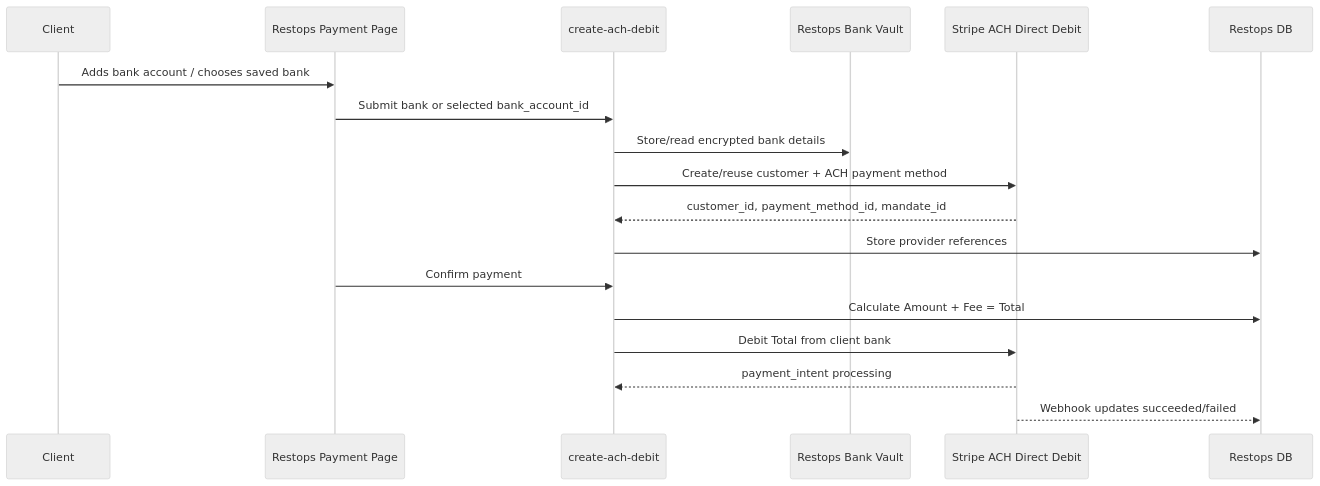
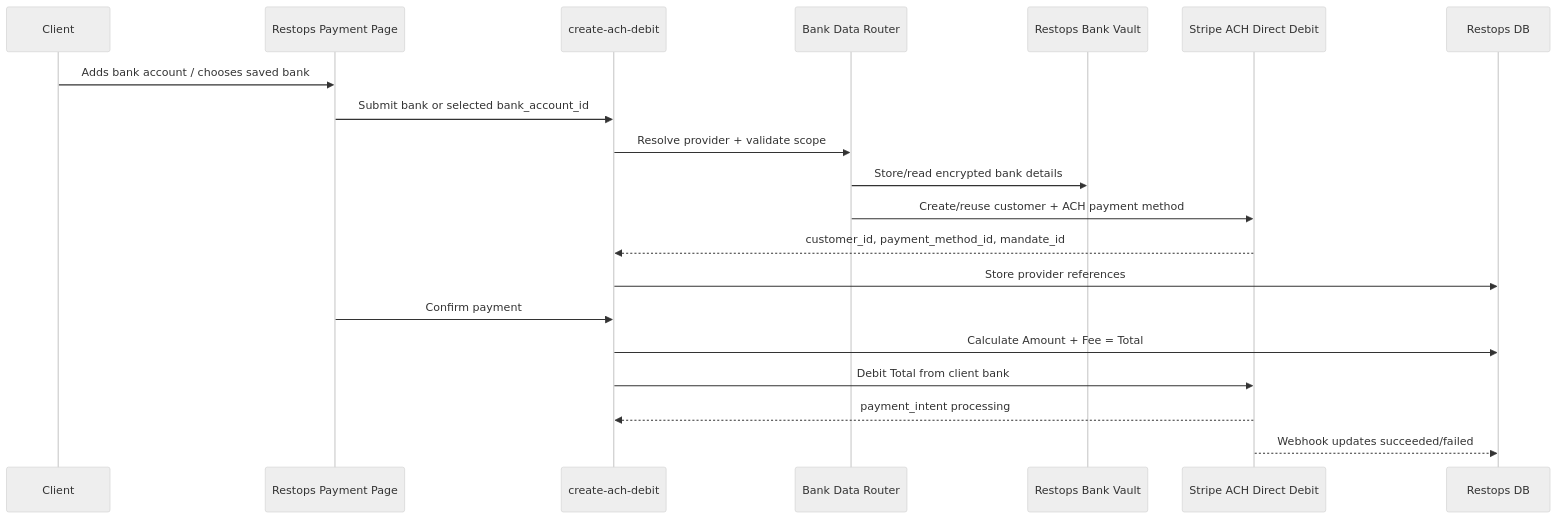
Before and after one commit to KarthikUppalapati57/MED: the third of 7 diagrams in code/docs/provider_neutral_ach_payment_architecture_plan.md, drawn with Mermaid (neutral theme). The commit also changed other lines of this file and 5 other files, not shown here.

````diff
--- a/code/docs/provider_neutral_ach_payment_architecture_plan.md
+++ b/code/docs/provider_neutral_ach_payment_architecture_plan.md
@@ -92,21 +94,23 @@
 ```mermaid
 sequenceDiagram
     participant Client
     participant UI as Restops Payment Page
     participant API as create-ach-debit
+    participant Router as Bank Data Router
     participant Vault as Restops Bank Vault
     participant Stripe as Stripe ACH Direct Debit
     participant DB as Restops DB
 
     Client->>UI: Adds bank account / chooses saved bank
     UI->>API: Submit bank or selected bank_account_id
-    API->>Vault: Store/read encrypted bank details
-    API->>Stripe: Create/reuse customer + ACH payment method
+    API->>Router: Resolve provider + validate scope
+    Router->>Vault: Store/read encrypted bank details
+    Router->>Stripe: Create/reuse customer + ACH payment method
     Stripe-->>API: customer_id, payment_method_id, mandate_id
     API->>DB: Store provider references
     UI->>API: Confirm payment
     API->>DB: Calculate Amount + Fee = Total
     API->>Stripe: Debit Total from client bank
     Stripe-->>API: payment_intent processing
     Stripe-->>DB: Webhook updates succeeded/failed
 ```
````
